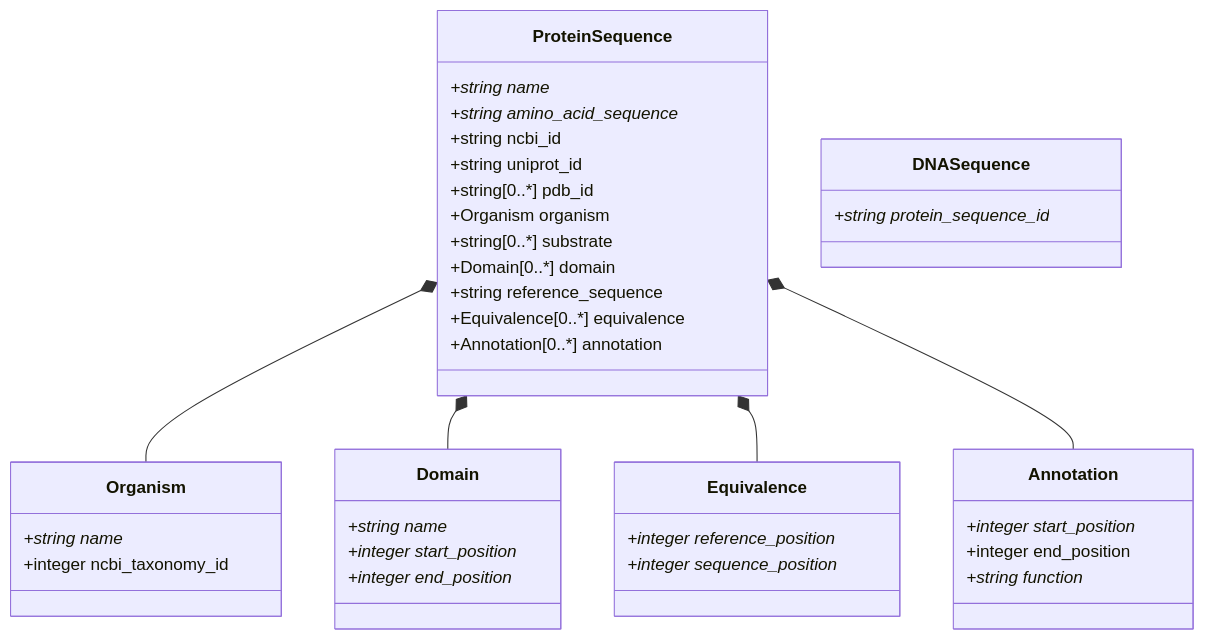
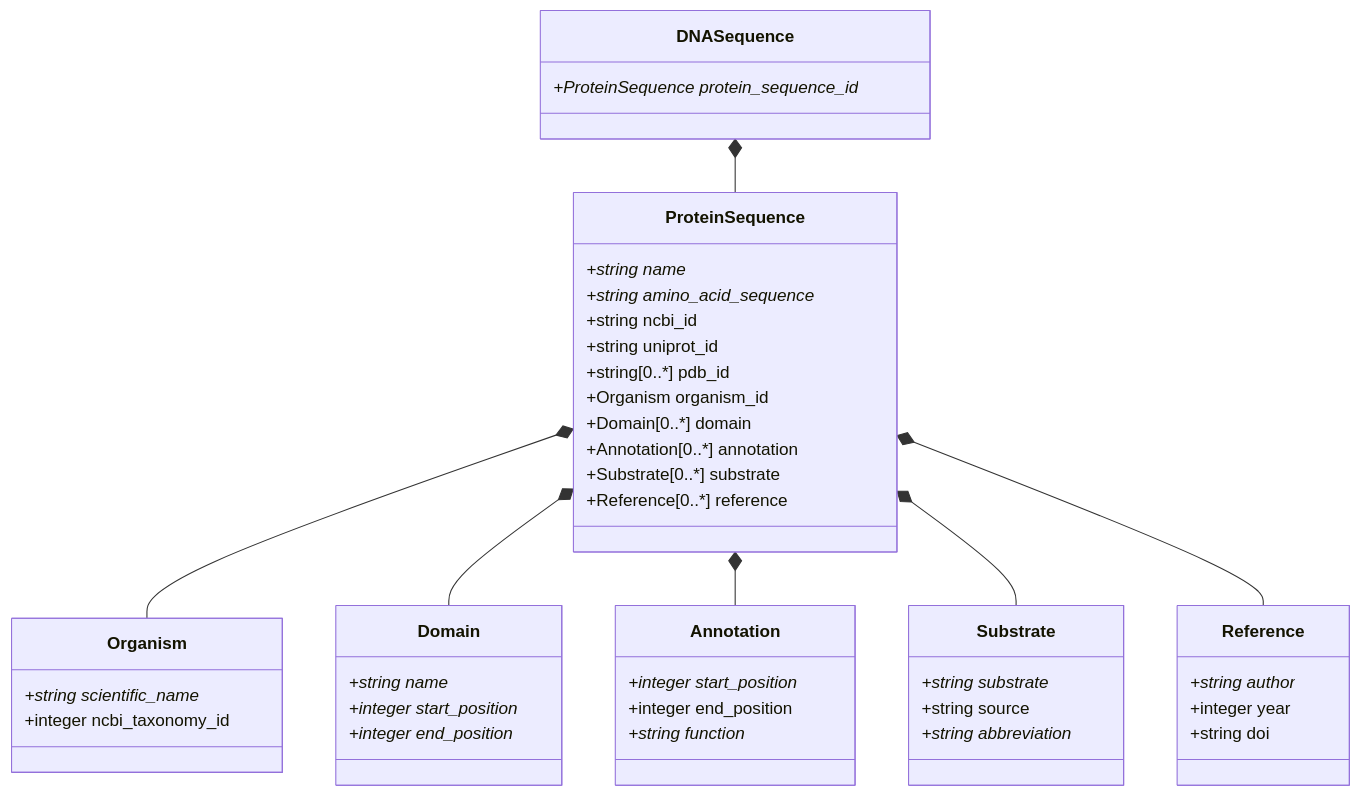
The diagram in pyEED/schemes/PyEED Data Model.md (PyEED/PAZy), drawn with Mermaid before and after one commit. The commit also changed 7 other files, not shown here.

````diff
--- a/pyEED/schemes/PyEED Data Model.md
+++ b/pyEED/schemes/PyEED Data Model.md
@@ -1,48 +1,56 @@
 ```mermaid
 classDiagram
     ProteinSequence *-- Organism
     ProteinSequence *-- Domain
-    ProteinSequence *-- Equivalence
     ProteinSequence *-- Annotation
+    ProteinSequence *-- Substrate
+    ProteinSequence *-- Reference
+    DNASequence *-- ProteinSequence
     
     class ProteinSequence {
         +string name*
         +string amino_acid_sequence*
         +string ncbi_id
         +string uniprot_id
         +string[0..*] pdb_id
-        +Organism organism
-        +string[0..*] substrate
+        +Organism organism_id
         +Domain[0..*] domain
-        +string reference_sequence
-        +Equivalence[0..*] equivalence
         +Annotation[0..*] annotation
+        +Substrate[0..*] substrate
+        +Reference[0..*] reference
     }
     
     class Organism {
-        +string name*
+        +string scientific_name*
         +integer ncbi_taxonomy_id
     }
     
     class Domain {
         +string name*
         +integer start_position*
         +integer end_position*
     }
     
-    class Equivalence {
-        +integer reference_position*
-        +integer sequence_position*
-    }
-    
     class Annotation {
         +integer start_position*
         +integer end_position
         +string function*
     }
     
     class DNASequence {
-        +string protein_sequence_id*
+        +ProteinSequence protein_sequence_id*
+    }
+    
+    class Substrate {
+        +string substrate*
+        +string source
+        +string abbreviation*
+    }
+    
+    class Reference {
+        +string author*
+        +integer year
+        +string doi
     }
     
 ```
````
